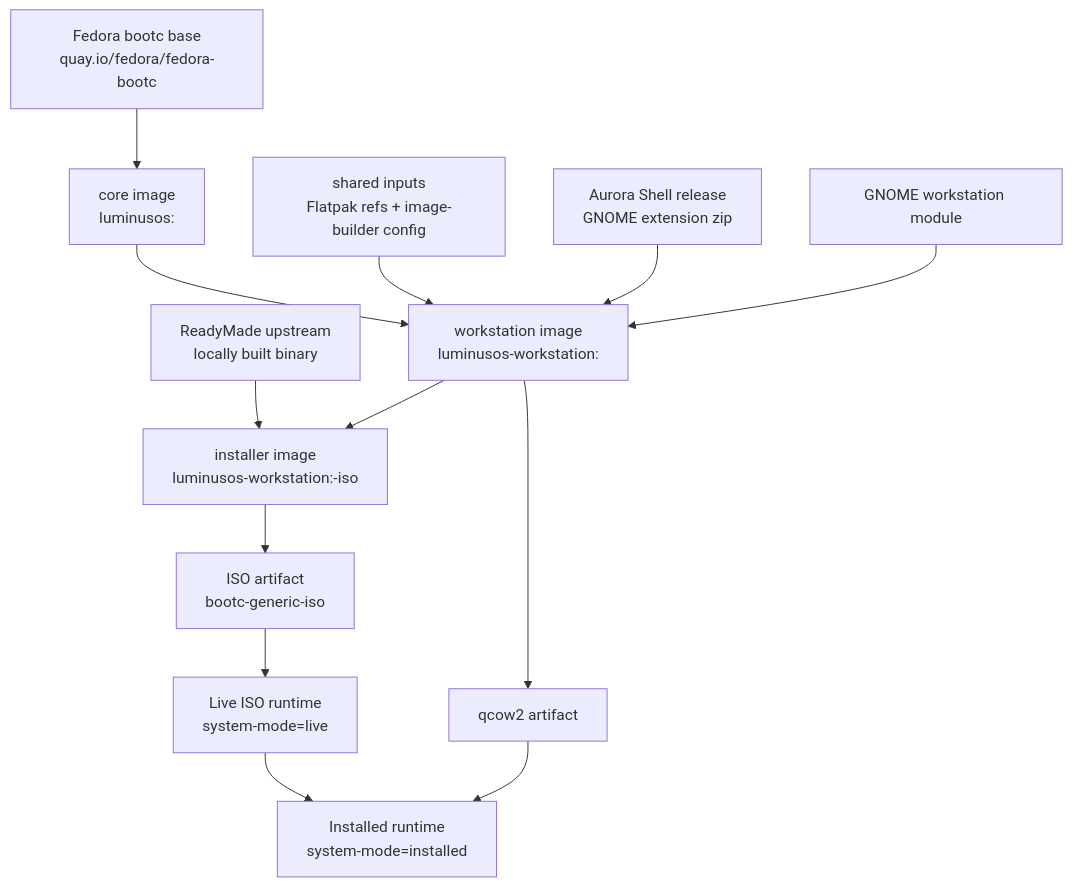
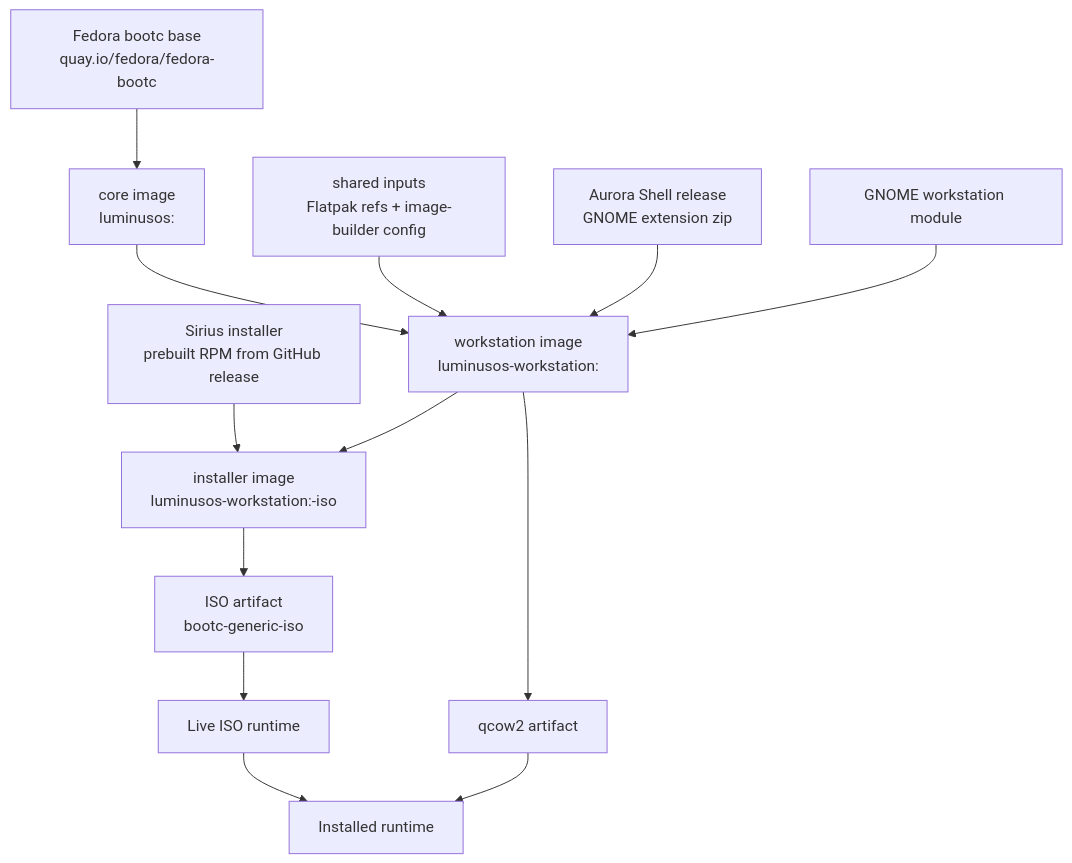
The first of 14 diagrams in ARCHITECTURE.md (luminusOS/images), drawn with Mermaid before and after one commit. The commit also changed other lines of this file and 48 other files, not shown here.

First line of the commit message:
feat!: migrate the live ISO installer from ReadyMade to Sirius

````diff
--- a/ARCHITECTURE.md
+++ b/ARCHITECTURE.md
@@ -26,25 +26,25 @@
 ```mermaid
 flowchart TD
     Fedora["Fedora bootc base<br/>quay.io/fedora/fedora-bootc"]
     Core["core image<br/>luminusos:<tag>"]
     Shared["shared inputs<br/>Flatpak refs + image-builder config"]
     Aurora["Aurora Shell release<br/>GNOME extension zip"]
-    ReadyMade["ReadyMade upstream<br/>locally built binary"]
+    Sirius["Sirius installer<br/>prebuilt RPM from GitHub release"]
     Gnome["GNOME workstation module"]
     Workstation["workstation image<br/>luminusos-workstation:<tag>"]
     Installer["installer image<br/>luminusos-workstation:<tag>-iso"]
     ISO["ISO artifact<br/>bootc-generic-iso"]
     QCOW2["qcow2 artifact"]
-    Live["Live ISO runtime<br/>system-mode=live"]
-    Installed["Installed runtime<br/>system-mode=installed"]
+    Live["Live ISO runtime"]
+    Installed["Installed runtime"]
 
     Fedora --> Core
     Core --> Workstation
     Shared --> Workstation
     Aurora --> Workstation
     Gnome --> Workstation
     Workstation --> Installer
-    ReadyMade --> Installer
+    Sirius --> Installer
     Installer --> ISO --> Live --> Installed
     Workstation --> QCOW2 --> Installed
 ```
````
